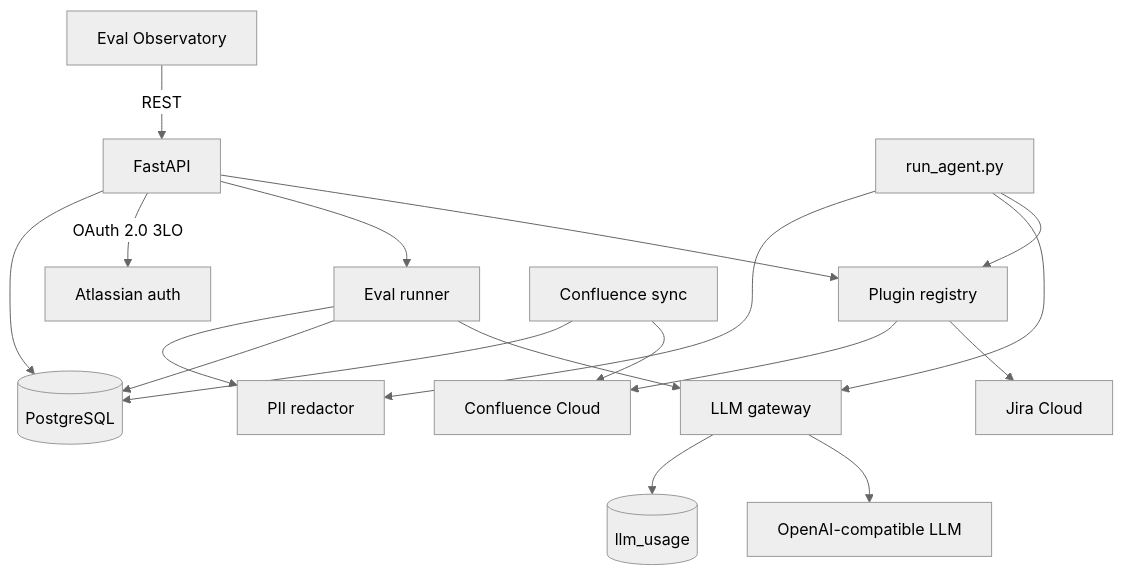
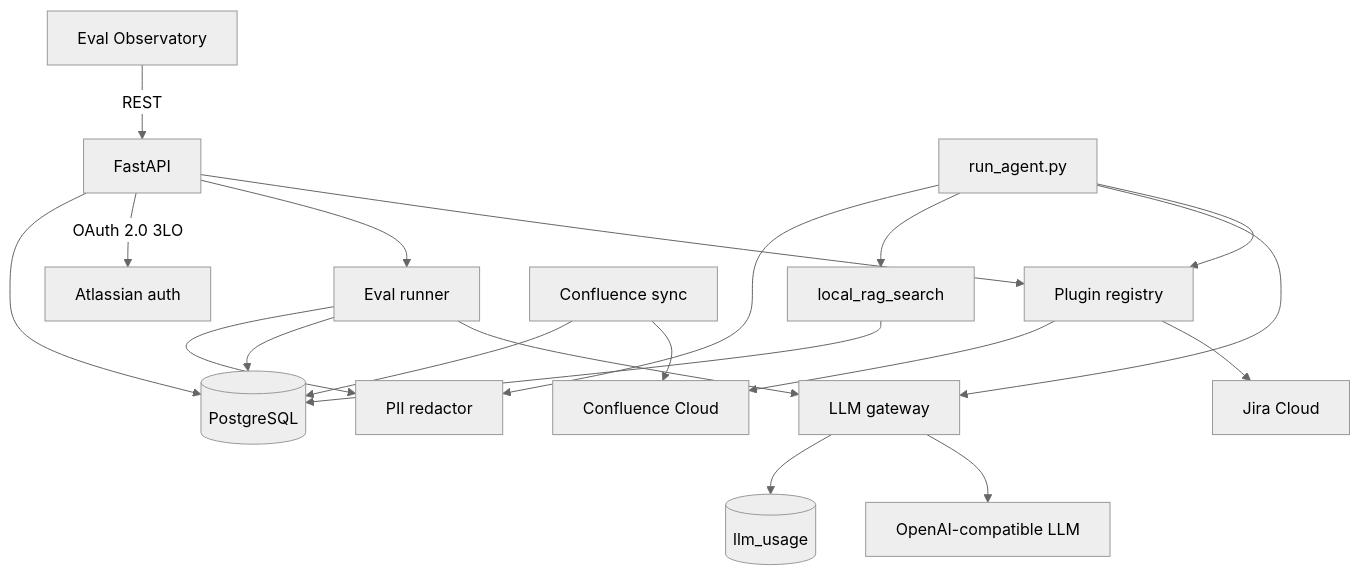
One commit to OctavianDoncea/atlassian-agent-kit changed the diagram in README.md. Above: the diagram before and after it, drawn with Mermaid (neutral theme). The commit also changed other lines of this file, not shown here.

Commit message:
Updated README to include local RAG pipeline with pgvector

````diff
--- a/README.md
+++ b/README.md
@@ -22,20 +23,22 @@
 ```mermaid
 graph TD
     Dash[Eval Observatory] -->|REST| API[FastAPI]
     CLI[run_agent.py] --> Registry[Plugin registry]
     API --> Registry
     API --> Runner[Eval runner]
     Runner --> Gateway[LLM gateway]
     CLI --> Gateway
     Gateway --> LLM[OpenAI-compatible LLM]
     Gateway --> Usage[(llm_usage)]
     Registry --> Jira[Jira Cloud]
     Registry --> Conf[Confluence Cloud]
     API -->|OAuth 2.0 3LO| Atlassian[Atlassian auth]
     Runner --> DB[(PostgreSQL)]
     API --> DB
     Sync[Confluence sync] --> Conf
     Sync --> DB
+    CLI --> RAG[local_rag_search]
+    RAG --> DB
     CLI --> Redactor[PII redactor]
     Runner --> Redactor
 ```
````
